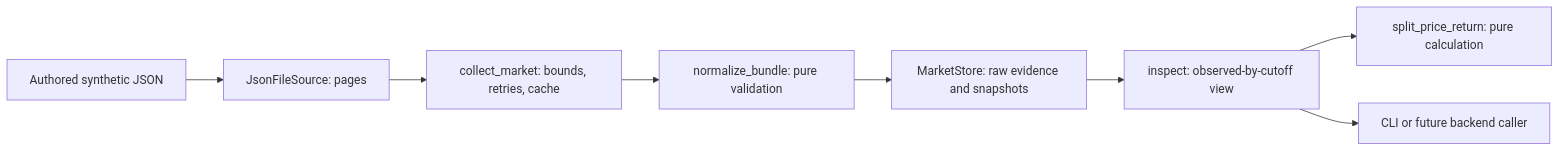
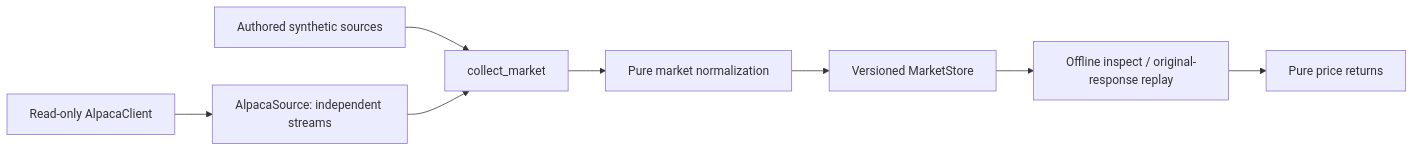
The diagram in docs/MARKET_DATA.md (antoniesuciu/InvestorAI), drawn with Mermaid before and after one commit. The commit also changed other lines of this file and 20 other files, not shown here.

First line of the commit message:
Add Alpaca historical market data adapter and validation

````diff
--- a/docs/MARKET_DATA.md
+++ b/docs/MARKET_DATA.md
@@ -19,10 +9,10 @@
 ```mermaid
 flowchart LR
-    F[Authored synthetic JSON] --> P[JsonFileSource: pages]
-    P --> C[collect_market: bounds, retries, cache]
-    C --> N[normalize_bundle: pure validation]
-    N --> S[MarketStore: raw evidence and snapshots]
-    S --> Q[inspect: observed-by-cutoff view]
-    Q --> R[split_price_return: pure calculation]
-    Q --> CLI[CLI or future backend caller]
+    A[Read-only AlpacaClient] --> B[AlpacaSource: independent streams]
+    F[Authored synthetic sources] --> C[collect_market]
+    B --> C
+    C --> N[Pure market normalization]
+    N --> S[Versioned MarketStore]
+    S --> I[Offline inspect / original-response replay]
+    I --> R[Pure price returns]
 ```
````
